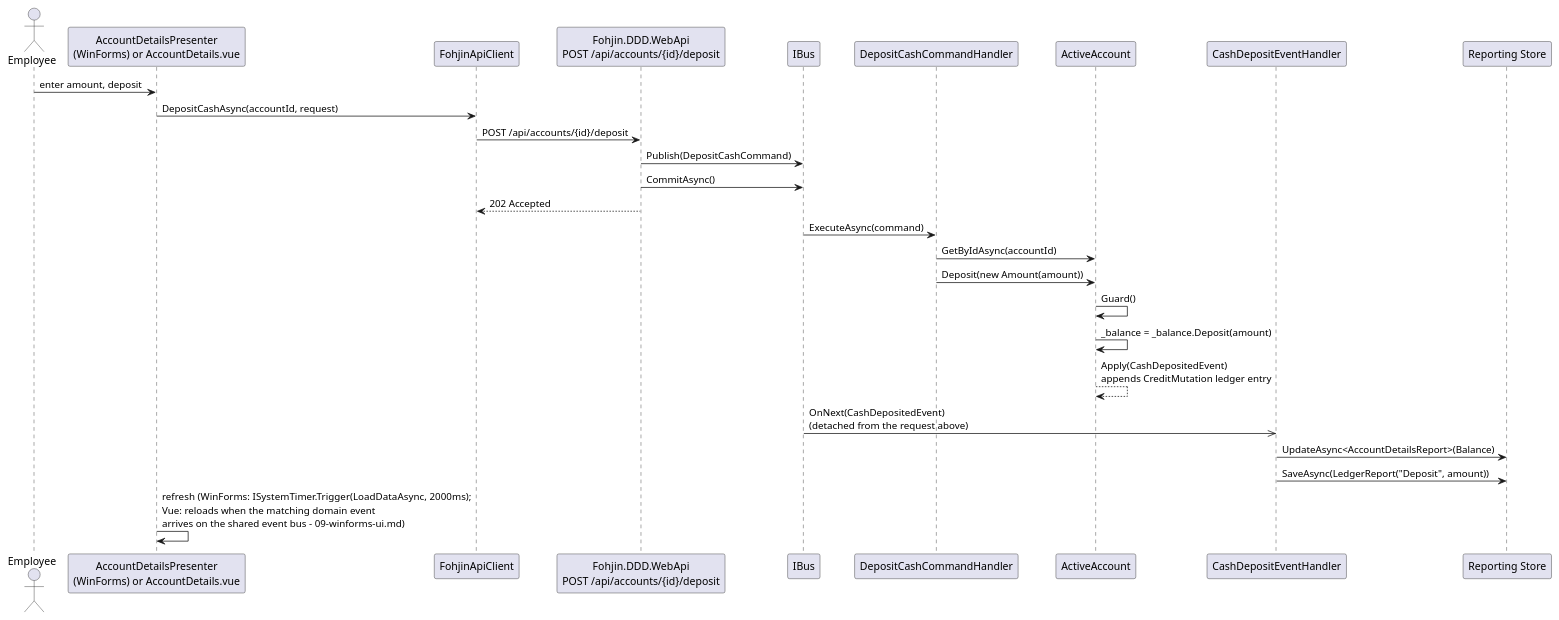
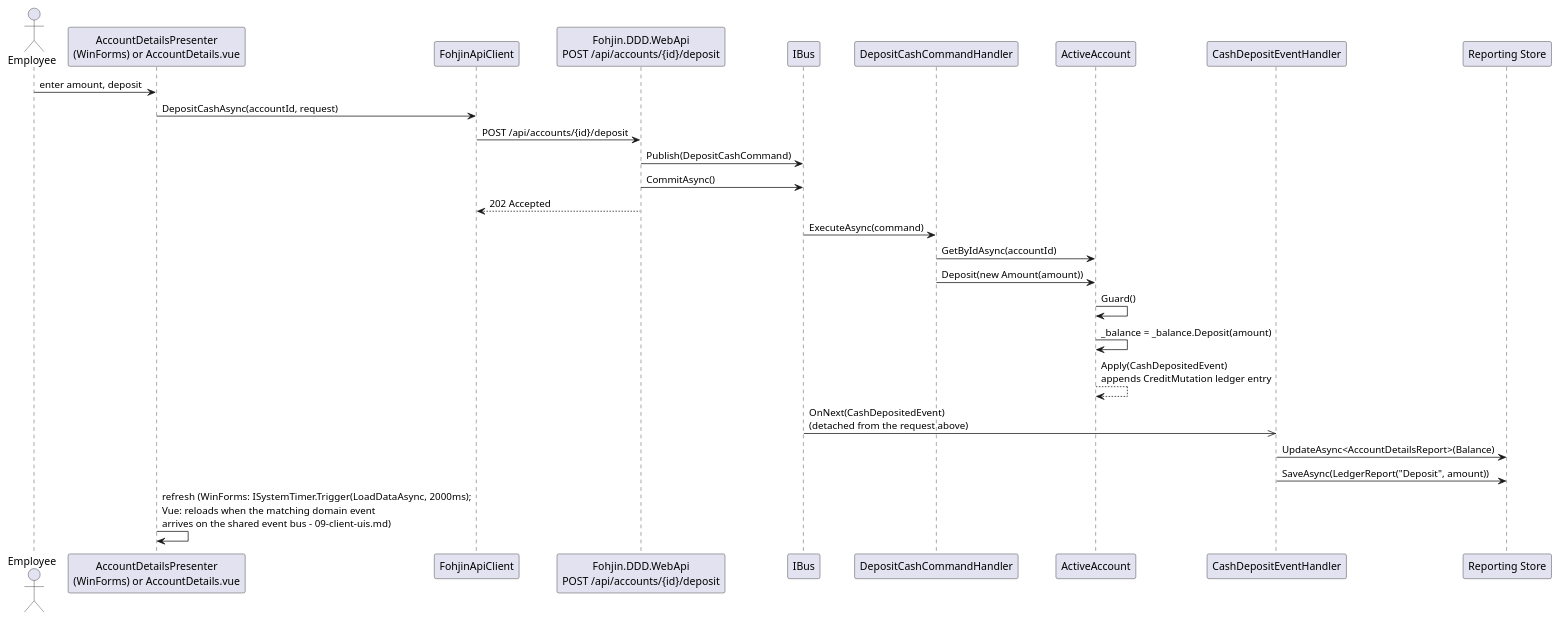
One commit to Mwwhited-BookLearning/fohjin-cqrs changed the first of 2 diagrams in docs/04-cash-operations.md. Above: the diagram before and after it, drawn with PlantUML. The commit also changed 82 other files, not shown here.

````diff
--- a/docs/04-cash-operations.md
+++ b/docs/04-cash-operations.md
@@ -26,30 +26,30 @@
 ```plantuml
 @startuml
 actor Employee
 participant "AccountDetailsPresenter\n(WinForms) or AccountDetails.vue" as Client
 participant "FohjinApiClient" as ApiClient
 participant "Fohjin.DDD.WebApi\nPOST /api/accounts/{id}/deposit" as Endpoint
 participant "IBus" as Bus
 participant "DepositCashCommandHandler" as Handler
 participant "ActiveAccount" as Account
 participant "CashDepositEventHandler" as EvtHandler
 participant "Reporting Store" as Reporting
 
 Employee -> Client : enter amount, deposit
 Client -> ApiClient : DepositCashAsync(accountId, request)
 ApiClient -> Endpoint : POST /api/accounts/{id}/deposit
 Endpoint -> Bus : Publish(DepositCashCommand)
 Endpoint -> Bus : CommitAsync()
 Endpoint --> ApiClient : 202 Accepted
 Bus -> Handler : ExecuteAsync(command)
 Handler -> Account : GetByIdAsync(accountId)
 Handler -> Account : Deposit(new Amount(amount))
 Account -> Account : Guard()
 Account -> Account : _balance = _balance.Deposit(amount)
 Account --> Account : Apply(CashDepositedEvent)\nappends CreditMutation ledger entry
 Bus ->> EvtHandler : OnNext(CashDepositedEvent)\n(detached from the request above)
 EvtHandler -> Reporting : UpdateAsync<AccountDetailsReport>(Balance)
 EvtHandler -> Reporting : SaveAsync(LedgerReport("Deposit", amount))
-Client -> Client : refresh (WinForms: ISystemTimer.Trigger(LoadDataAsync, 2000ms);\nVue: reloads when the matching domain event\narrives on the shared event bus - 09-winforms-ui.md)
+Client -> Client : refresh (WinForms: ISystemTimer.Trigger(LoadDataAsync, 2000ms);\nVue: reloads when the matching domain event\narrives on the shared event bus - 09-client-uis.md)
 @enduml
 ```
````
